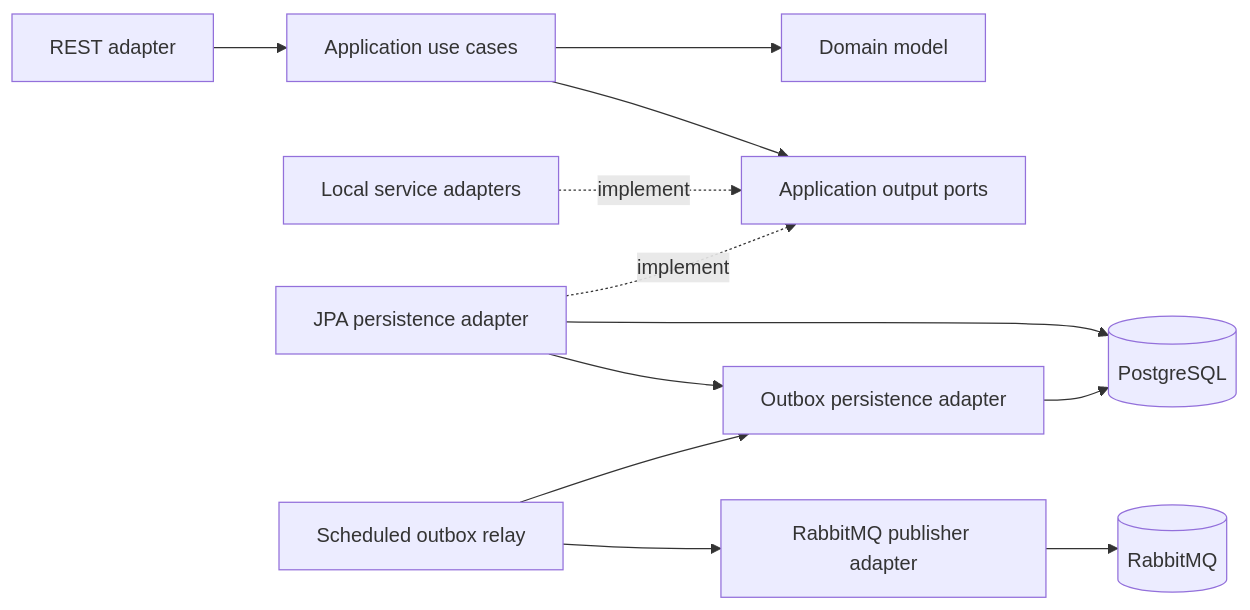
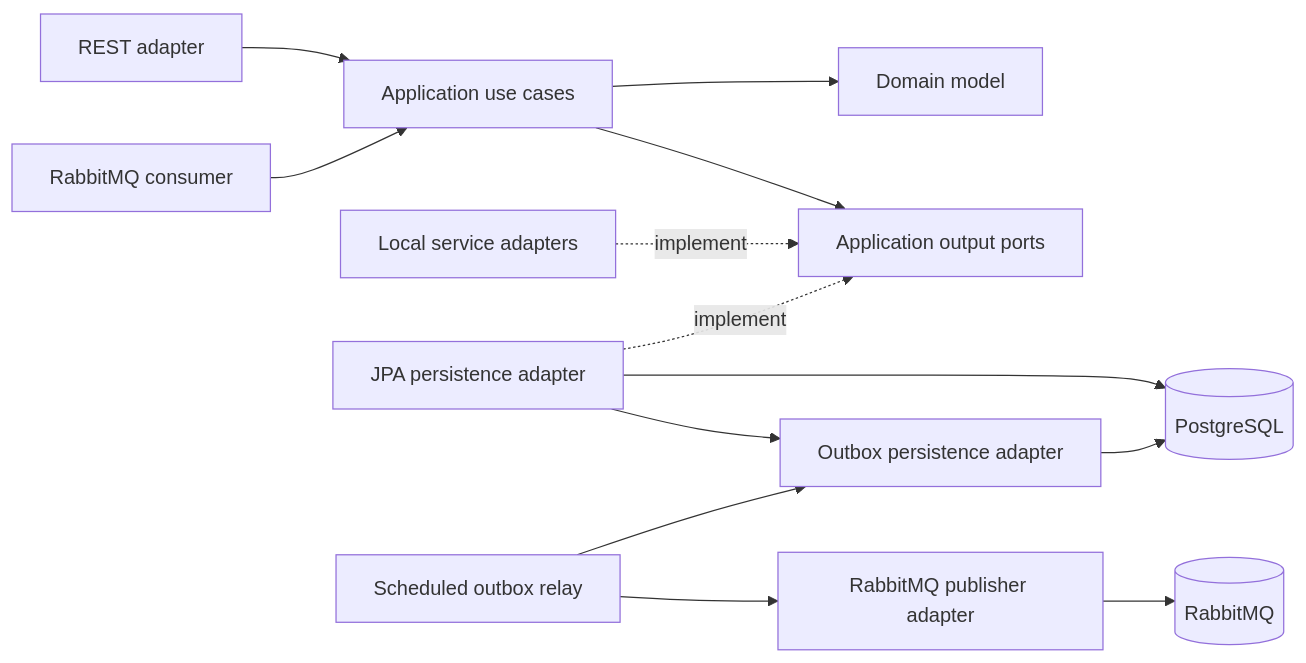
The first of 6 diagrams in docs/architecture/overview.md (tmcly/credit-contract-manager), drawn with Mermaid before and after one commit. The commit also changed other lines of this file and 52 other files, not shown here.

````diff
--- a/docs/architecture/overview.md
+++ b/docs/architecture/overview.md
@@ -15,14 +15,15 @@
 ```mermaid
 flowchart LR
     HTTP["REST adapter"] --> APP["Application use cases"]
+    CONSUMER["RabbitMQ consumer"] --> APP
     APP --> DOMAIN["Domain model"]
     APP --> PORTS["Application output ports"]
     STUBS["Local service adapters"] -. implement .-> PORTS
     PERSISTENCE["JPA persistence adapter"] -. implement .-> PORTS
     PERSISTENCE --> PG[("PostgreSQL")]
     OUTBOX["Outbox persistence adapter"] --> PG
     PERSISTENCE --> OUTBOX
     RELAY["Scheduled outbox relay"] --> OUTBOX
     RELAY --> PUBLISHER["RabbitMQ publisher adapter"]
     PUBLISHER --> MQ[("RabbitMQ")]
 ```
````
